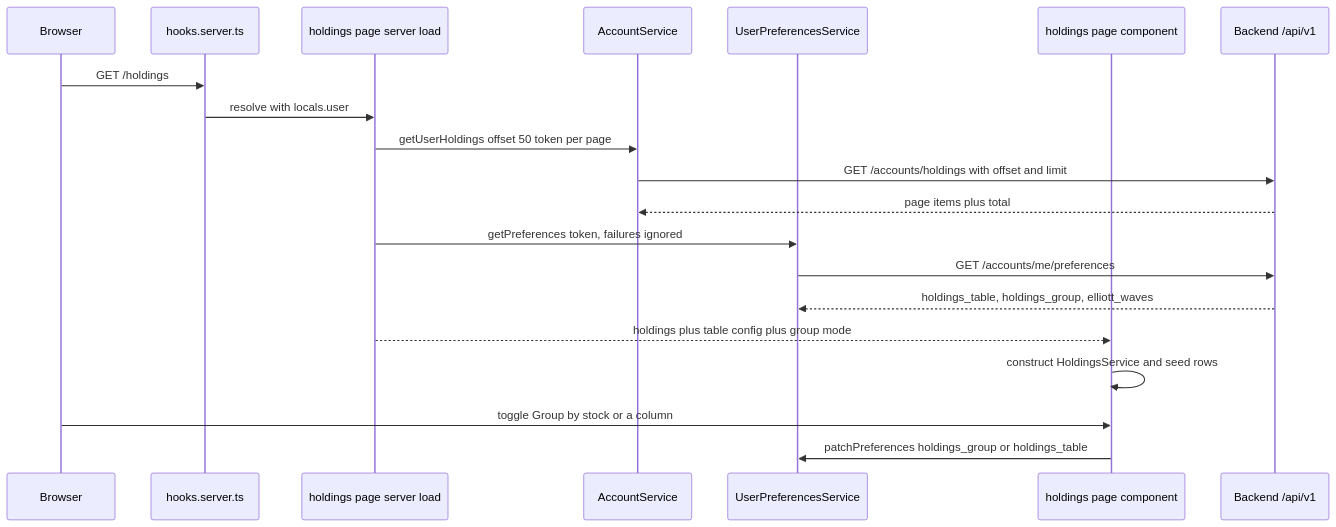
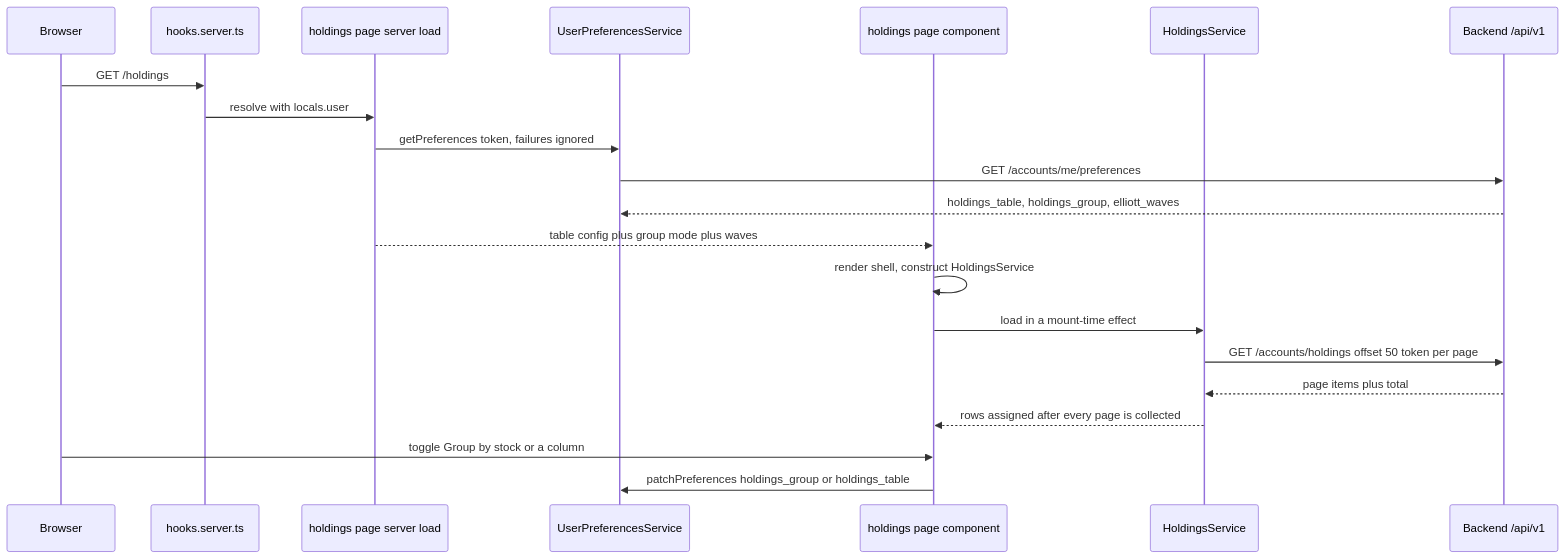
Before and after one commit to havekes/retail-portfolio: the first of 3 diagrams in openwiki/architecture/frontend.md, drawn with Mermaid. The commit also changed other lines of this file and 32 other files, not shown here.

````diff
--- a/openwiki/architecture/frontend.md
+++ b/openwiki/architecture/frontend.md
@@ -186,23 +196,24 @@
 ```mermaid
 sequenceDiagram
     participant Browser
     participant Hook as hooks.server.ts
     participant Load as holdings page server load
-    participant Svc as AccountService
     participant Prefs as UserPreferencesService
     participant Page as holdings page component
+    participant Svc as HoldingsService
     participant API as Backend /api/v1
 
     Browser->>Hook: GET /holdings
     Hook->>Load: resolve with locals.user
-    Load->>Svc: getUserHoldings offset 50 token per page
-    Svc->>API: GET /accounts/holdings with offset and limit
-    API-->>Svc: page items plus total
     Load->>Prefs: getPreferences token, failures ignored
     Prefs->>API: GET /accounts/me/preferences
     API-->>Prefs: holdings_table, holdings_group, elliott_waves
-    Load-->>Page: holdings plus table config plus group mode
-    Page->>Page: construct HoldingsService and seed rows
+    Load-->>Page: table config plus group mode plus waves
+    Page->>Page: render shell, construct HoldingsService
+    Page->>Svc: load in a mount-time effect
+    Svc->>API: GET /accounts/holdings offset 50 token per page
+    API-->>Svc: page items plus total
+    Svc-->>Page: rows assigned after every page is collected
     Browser->>Page: toggle Group by stock or a column
     Page->>Prefs: patchPreferences holdings_group or holdings_table
 ```
````
